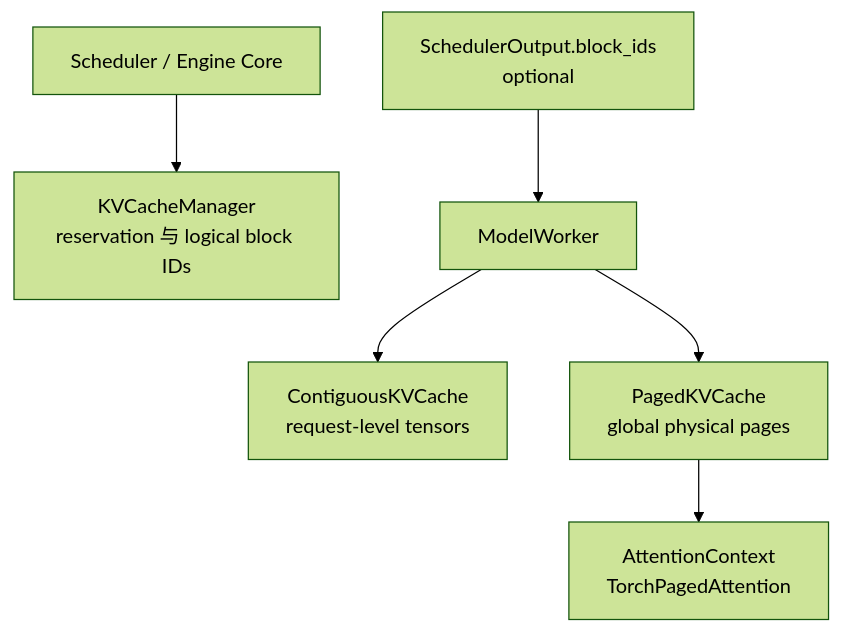
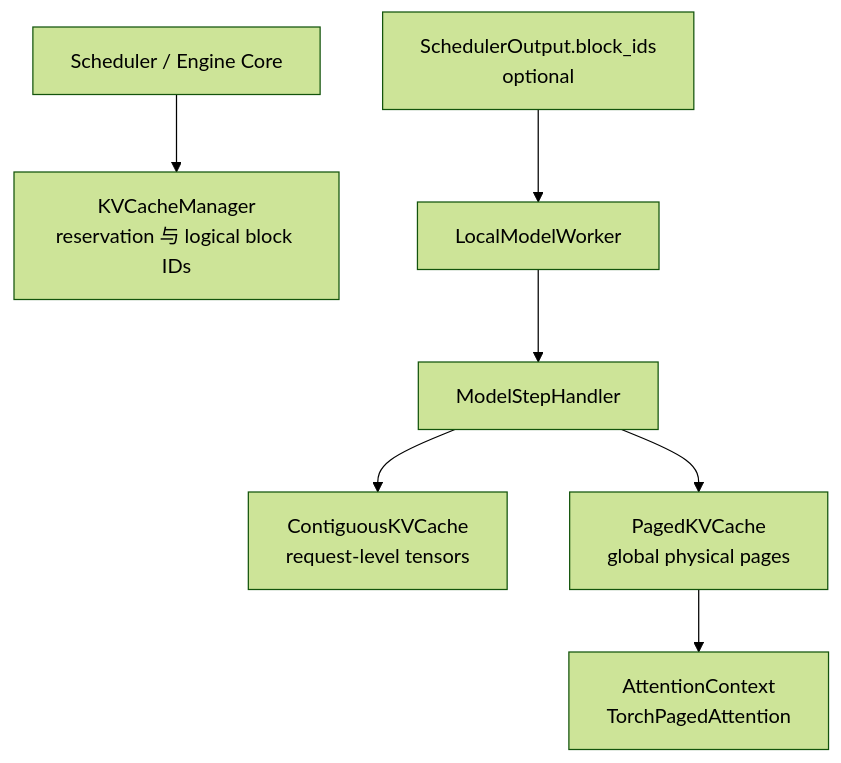
Before and after one commit to poorpaper/light-vllm: the second of 3 diagrams in docs/architecture.md, drawn with Mermaid (forest theme). The commit also changed other lines of this file and 8 other files, not shown here.

Commit message:
docs: explain worker and paged attention boundaries

````diff
--- a/docs/architecture.md
+++ b/docs/architecture.md
@@ -139,8 +143,9 @@
 ```mermaid
 flowchart TB
     Scheduler["Scheduler / Engine Core"] --> Logical["KVCacheManager<br/>reservation 与 logical block IDs"]
-    Output["SchedulerOutput.block_ids<br/>optional"] --> Worker["ModelWorker"]
-    Worker --> Contiguous["ContiguousKVCache<br/>request-level tensors"]
-    Worker --> Paged["PagedKVCache<br/>global physical pages"]
+    Output["SchedulerOutput.block_ids<br/>optional"] --> Worker["LocalModelWorker"]
+    Worker --> Step["ModelStepHandler"]
+    Step --> Contiguous["ContiguousKVCache<br/>request-level tensors"]
+    Step --> Paged["PagedKVCache<br/>global physical pages"]
     Paged --> Attention["AttentionContext<br/>TorchPagedAttention"]
 ```
````
